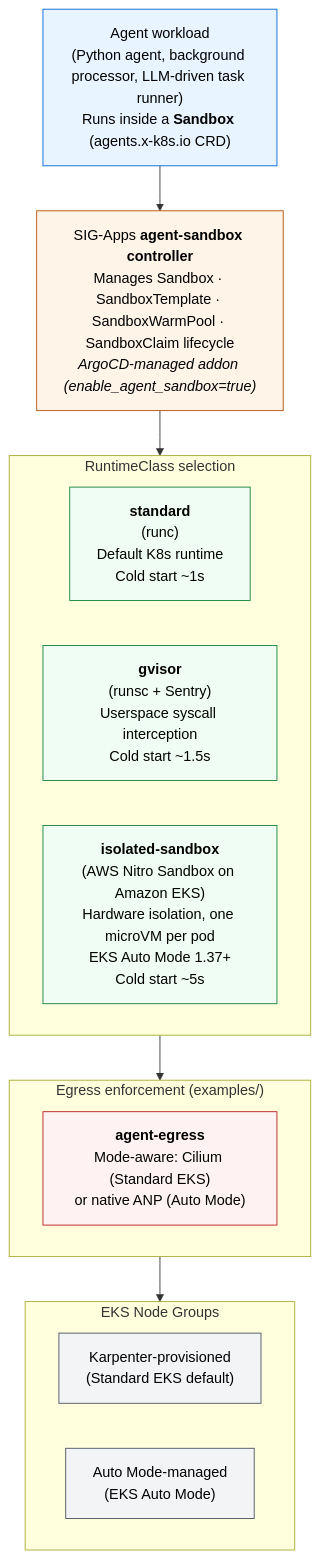
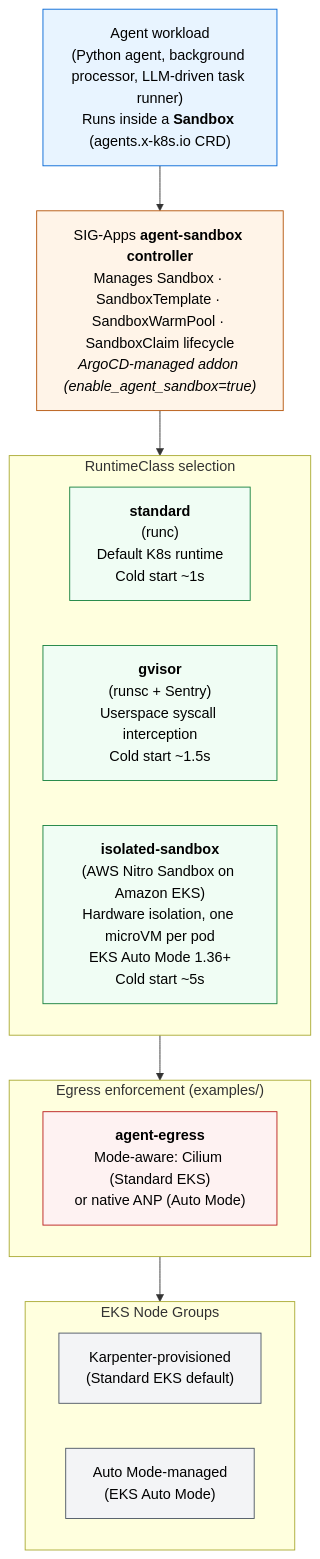
One commit to awslabs/ai-on-eks changed the diagram in website/docs/infra/agents/agent-sandbox.md. Above: the diagram before and after it, drawn with Mermaid. The commit also changed other lines of this file and 2 other files, not shown here.

Commit message:
docs(agent-sandbox): AWS Nitro Sandbox on Amazon EKS needs EKS Auto Mode 1.36+

````diff
--- a/website/docs/infra/agents/agent-sandbox.md
+++ b/website/docs/infra/agents/agent-sandbox.md
@@ -27,35 +27,35 @@
 ```mermaid
 flowchart TB
     classDef workload fill:#e8f4ff,stroke:#0366d6,color:#000
     classDef controller fill:#fff4e8,stroke:#b45309,color:#000
     classDef runtime fill:#f0fdf4,stroke:#15803d,color:#000
     classDef egress fill:#fef2f2,stroke:#b91c1c,color:#000
     classDef node fill:#f3f4f6,stroke:#4b5563,color:#000
 
     A["Agent workload<br/>(Python agent, background processor, LLM-driven task runner)<br/>Runs inside a <b>Sandbox</b> (agents.x-k8s.io CRD)"]:::workload
 
     B["SIG-Apps <b>agent-sandbox controller</b><br/>Manages Sandbox · SandboxTemplate · SandboxWarmPool · SandboxClaim lifecycle<br/><i>ArgoCD-managed addon (enable_agent_sandbox=true)</i>"]:::controller
 
     subgraph C["RuntimeClass selection"]
         direction LR
         C1["<b>standard</b><br/>(runc)<br/>Default K8s runtime<br/>Cold start ~1s"]:::runtime
         C2["<b>gvisor</b><br/>(runsc + Sentry)<br/>Userspace syscall interception<br/>Cold start ~1.5s"]:::runtime
-        C3["<b>isolated-sandbox</b><br/>(AWS Nitro Sandbox on Amazon EKS)<br/>Hardware isolation, one microVM per pod<br/>EKS Auto Mode 1.37+<br/>Cold start ~5s"]:::runtime
+        C3["<b>isolated-sandbox</b><br/>(AWS Nitro Sandbox on Amazon EKS)<br/>Hardware isolation, one microVM per pod<br/>EKS Auto Mode 1.36+<br/>Cold start ~5s"]:::runtime
     end
 
     subgraph D["Egress enforcement (examples/)"]
         direction LR
         D1["<b>agent-egress</b><br/>Mode-aware: Cilium (Standard EKS)<br/>or native ANP (Auto Mode)"]:::egress
     end
 
     subgraph E["EKS Node Groups"]
         direction LR
         E1["Karpenter-provisioned<br/>(Standard EKS default)"]:::node
         E2["Auto Mode-managed<br/>(EKS Auto Mode)"]:::node
     end
 
     A --> B
     B --> C
     C --> D
     D --> E
 ```
````
